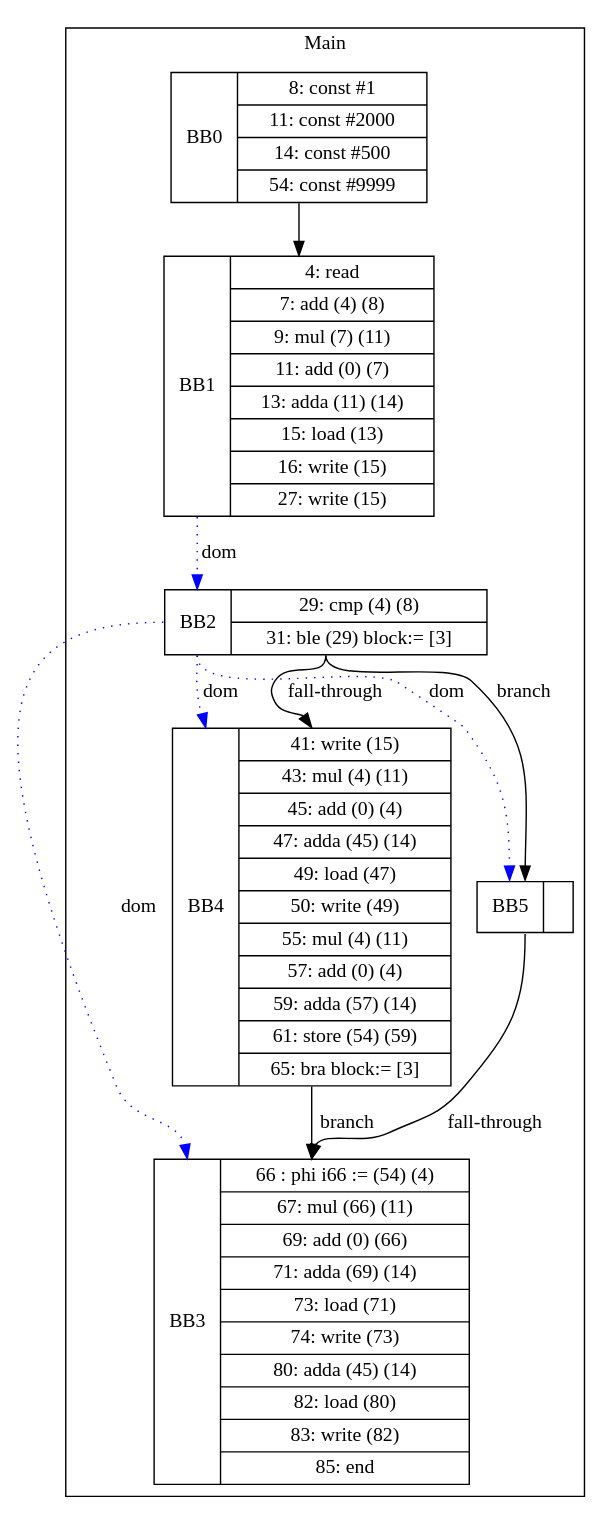
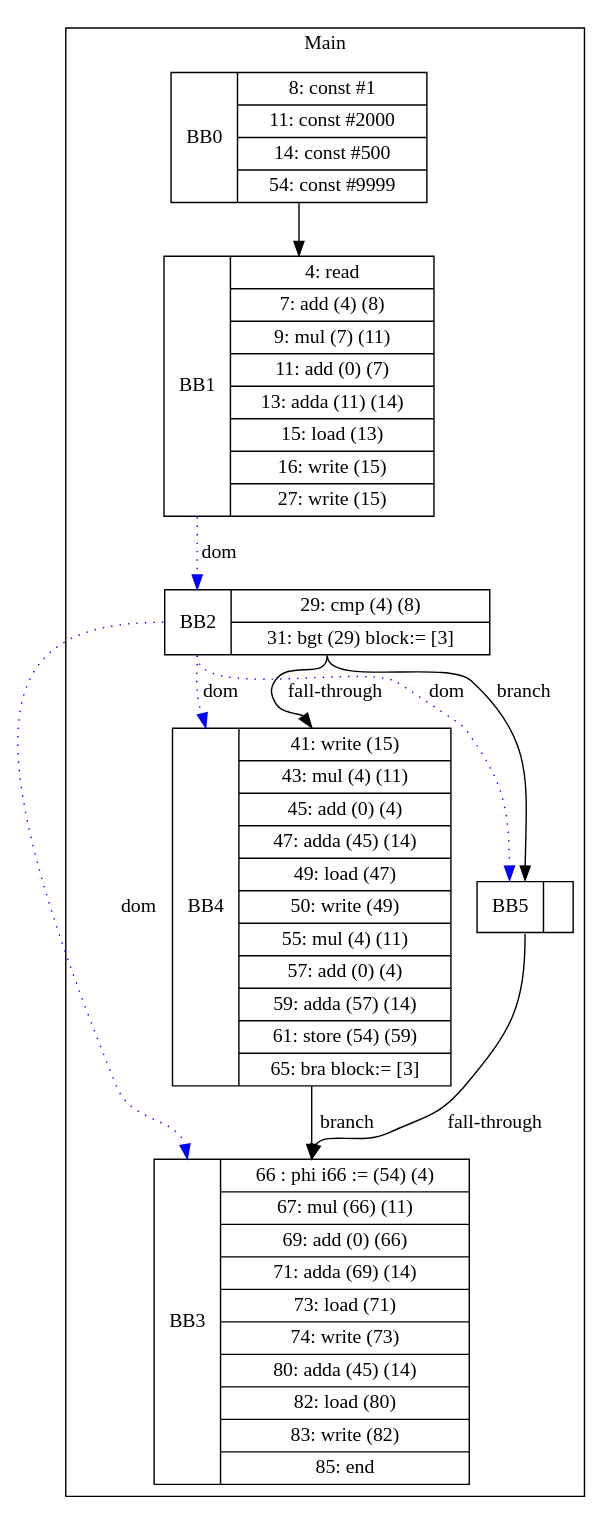
One commit to zjc664656505/UCI-CS241-Advanced-Compiler-main changed the diagram in visualization/cbelem/array/ifJoinKill-3.gv. Above: the diagram before and after it, drawn with Graphviz. The commit also changed 20 other files, not shown here.

```diff
--- a/visualization/cbelem/array/ifJoinKill-3.gv
+++ b/visualization/cbelem/array/ifJoinKill-3.gv
@@ -1,21 +1,21 @@
 digraph G {
 node [shape=record];
 subgraph cluster_main{
 label = "Main";
 BB0 [shape=record, label="<b>BB0|{8: const #1|11: const #2000|14: const #500|54: const #9999}"];
 BB1 [shape=record, label="<b>BB1|{4: read|7: add (4) (8)|9: mul (7) (11)|11: add (0) (7)|13: adda (11) (14)|15: load (13)|16: write (15)|27: write (15)}"];
-BB2 [shape=record, label="<b>BB2|{29: cmp (4) (8)|31: ble (29) block:= [3]}"];
+BB2 [shape=record, label="<b>BB2|{29: cmp (4) (8)|31: bgt (29) block:= [3]}"];
 BB3 [shape=record, label="<b>BB3|{66 : phi i66 := (54) (4)|67: mul (66) (11)|69: add (0) (66)|71: adda (69) (14)|73: load (71)|74: write (73)|80: adda (45) (14)|82: load (80)|83: write (82)|85: end}"];
 BB4 [shape=record, label="<b>BB4|{41: write (15)|43: mul (4) (11)|45: add (0) (4)|47: adda (45) (14)|49: load (47)|50: write (49)|55: mul (4) (11)|57: add (0) (4)|59: adda (57) (14)|61: store (54) (59)|65: bra block:= [3]}"];
 BB5 [shape=record, label="<b>BB5|}"];
 }
 BB0:s -> BB1:n ;
 BB2:b -> BB3:b [color=blue, style=dotted, label="dom"];
 BB2:b -> BB4:b [color=blue, style=dotted, label="dom"];
 BB1:b -> BB2:b [color=blue, style=dotted, label="dom"];
 BB2:b -> BB5:b [color=blue, style=dotted, label="dom"];
 BB2:s -> BB5:n [label="branch"];
 BB4:s -> BB3:n [label="branch"];
 BB5:s -> BB3:n [label="fall-through"];
 BB2:s -> BB4:n [label="fall-through"];
 }
```
